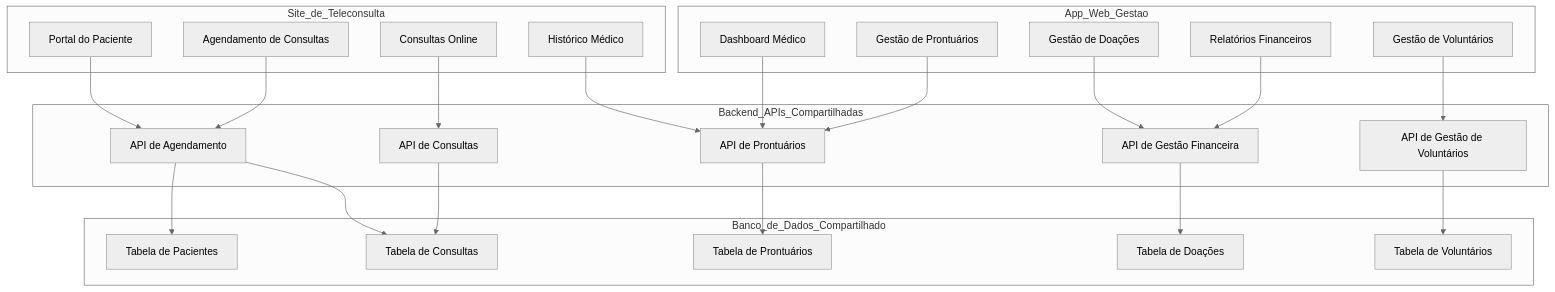
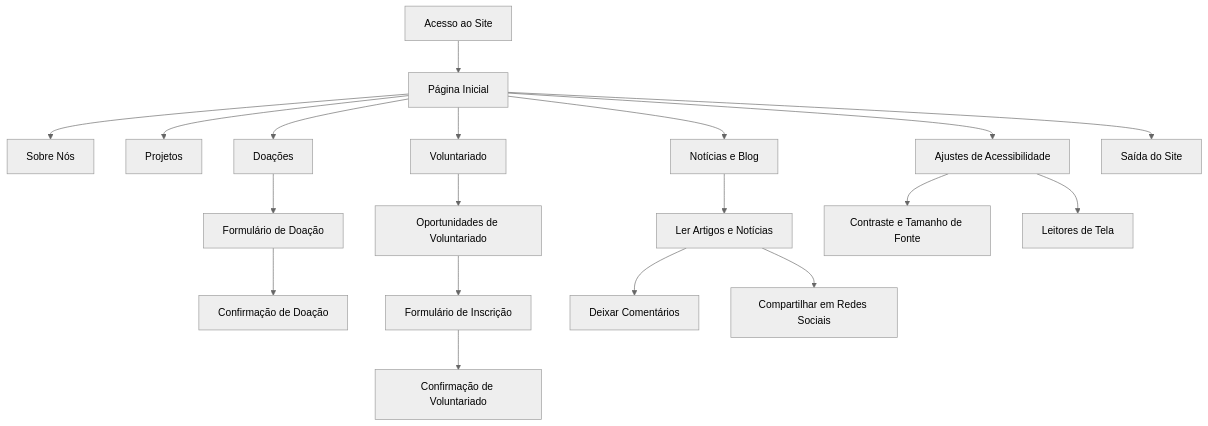
Before and after one commit to neresfabio/neres.vitalnet.api-: the first of 2 diagrams in README.md, drawn with Mermaid (neutral theme). The commit also changed other lines of this file, not shown here.

````diff
--- a/README.md
+++ b/README.md
@@ -92,51 +83,26 @@
 ```mermaid
-graph TD
-    subgraph Site_de_Teleconsulta
-        S1[Portal do Paciente]
-        S2[Agendamento de Consultas]
-        S3[Histórico Médico]
-        S4[Consultas Online]
-    end
-
-    subgraph App_Web_Gestao
-        A1[Dashboard Médico]
-        A2[Gestão de Prontuários]
-        A3[Gestão de Doações]
-        A4[Gestão de Voluntários]
-        A5[Relatórios Financeiros]
-    end
-
-    subgraph Backend_APIs_Compartilhadas
-        API1[API de Agendamento]
-        API2[API de Prontuários]
-        API3[API de Consultas]
-        API4[API de Gestão Financeira]
-        API5[API de Gestão de Voluntários]
-    end
-
-    subgraph Banco_de_Dados_Compartilhado
-        DB1[Tabela de Pacientes]
-        DB2[Tabela de Consultas]
-        DB3[Tabela de Prontuários]
-        DB4[Tabela de Doações]
-        DB5[Tabela de Voluntários]
-    end
-
-    S1 --> API1
-    S2 --> API1
-    S3 --> API2
-    S4 --> API3
-    A1 --> API2
-    A2 --> API2
-    A3 --> API4
-    A4 --> API5
-    A5 --> API4
-
-    API1 --> DB2
-    API2 --> DB3
-    API3 --> DB2
-    API4 --> DB4
-    API5 --> DB5
-    API1 --> DB1
-
+flowchart TD
+    A[Acesso ao Site] --> B[Página Inicial]
+    B --> C[Sobre Nós]
+    B --> D[Projetos]
+    B --> E[Notícias e Blog]
+    B --> F[Voluntariado]
+    B --> G[Doações]
+    
+    G --> H[Formulário de Doação]
+    H --> I[Confirmação de Doação]
+    
+    F --> J[Oportunidades de Voluntariado]
+    J --> K[Formulário de Inscrição]
+    K --> L[Confirmação de Voluntariado]
+    
+    E --> M[Ler Artigos e Notícias]
+    M --> N[Deixar Comentários]
+    M --> O[Compartilhar em Redes Sociais]
+    
+    B --> P[Ajustes de Acessibilidade]
+    P --> Q[Contraste e Tamanho de Fonte]
+    P --> R[Leitores de Tela]
+    
+    B --> S[Saída do Site]
 ```
````
